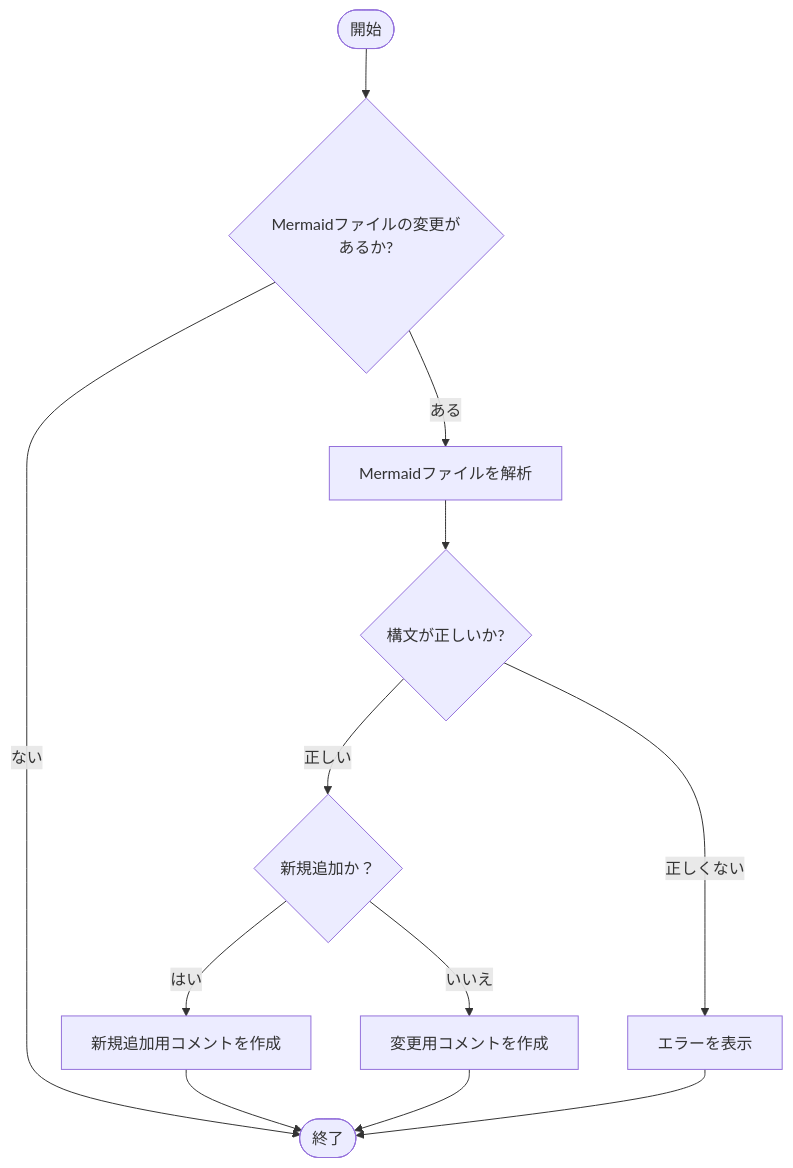
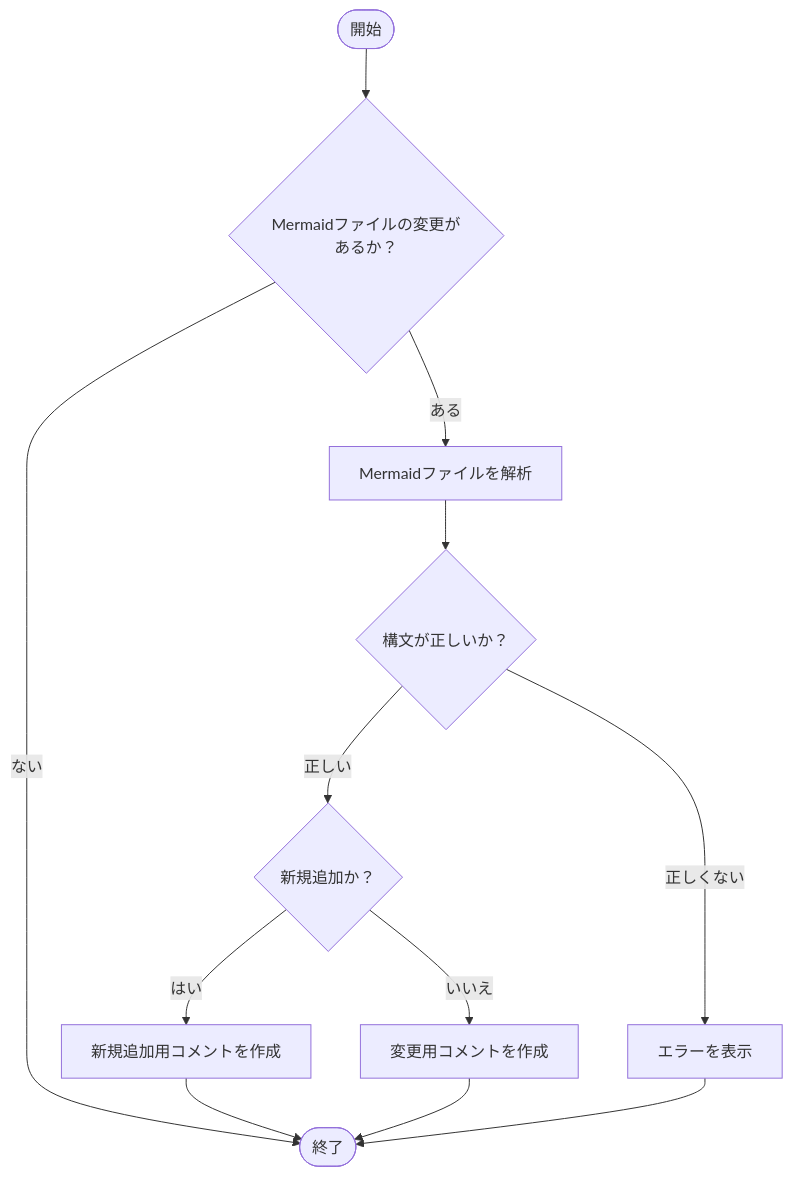
The diagram in docs/mermaid/flowchart.mmd (kokatsu/floerkea), drawn with Mermaid before and after one commit. The commit also changed 1 other file, not shown here.

Commit message:
docs(testcases): update Mermaid diagrams and test case descriptions for consistency

```diff
--- a/docs/mermaid/flowchart.mmd
+++ b/docs/mermaid/flowchart.mmd
@@ -1,12 +1,12 @@
 flowchart TD
-Start([開始]) --> CheckFile{Mermaidファイルの変更があるか?}
+Start([開始]) --> CheckFile{Mermaidファイルの変更があるか？}
 CheckFile --> |ある| Parse[Mermaidファイルを解析]
 CheckFile --> |ない| End([終了])
-Parse --> Validate{構文が正しいか?}
+Parse --> Validate{構文が正しいか？}
 Validate --> |正しい| CheckNew{新規追加か？}
 Validate --> |正しくない| Error[エラーを表示]
 CheckNew --> |はい| NewComment[新規追加用コメントを作成]
 CheckNew --> |いいえ| FixComment[変更用コメントを作成]
 NewComment --> End
 FixComment --> End
 Error --> End
```
